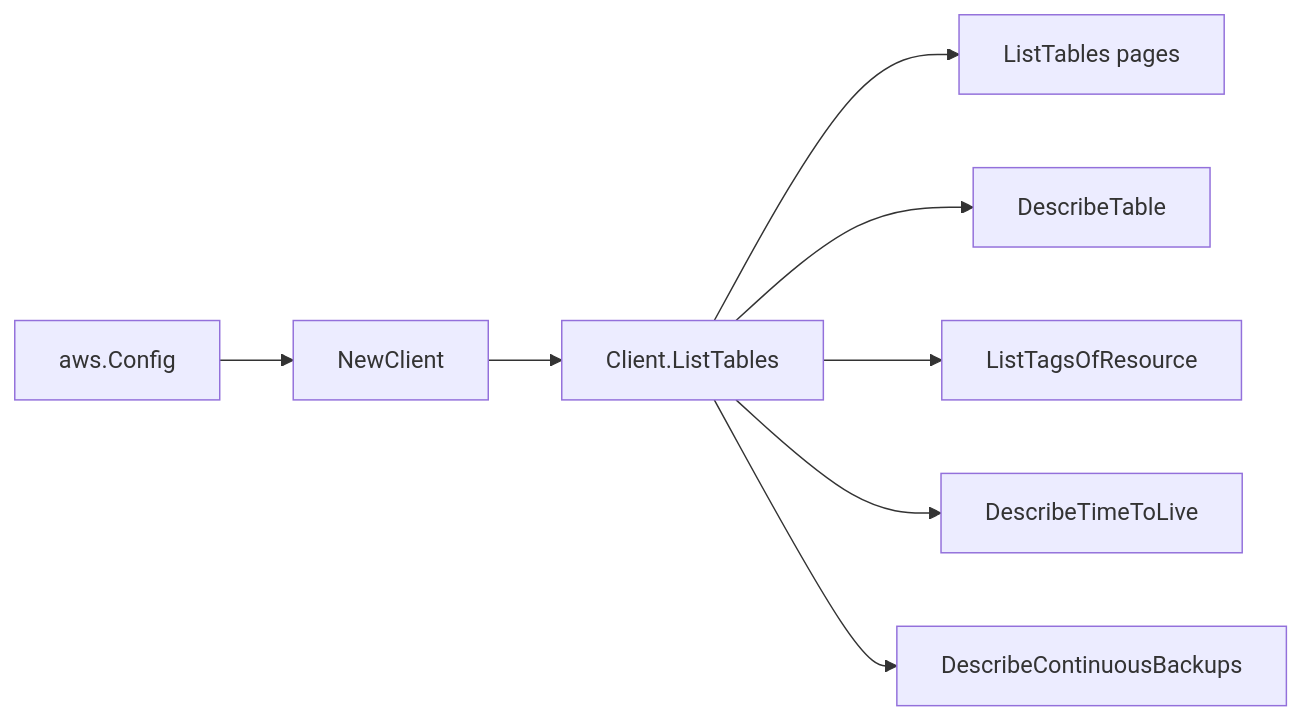
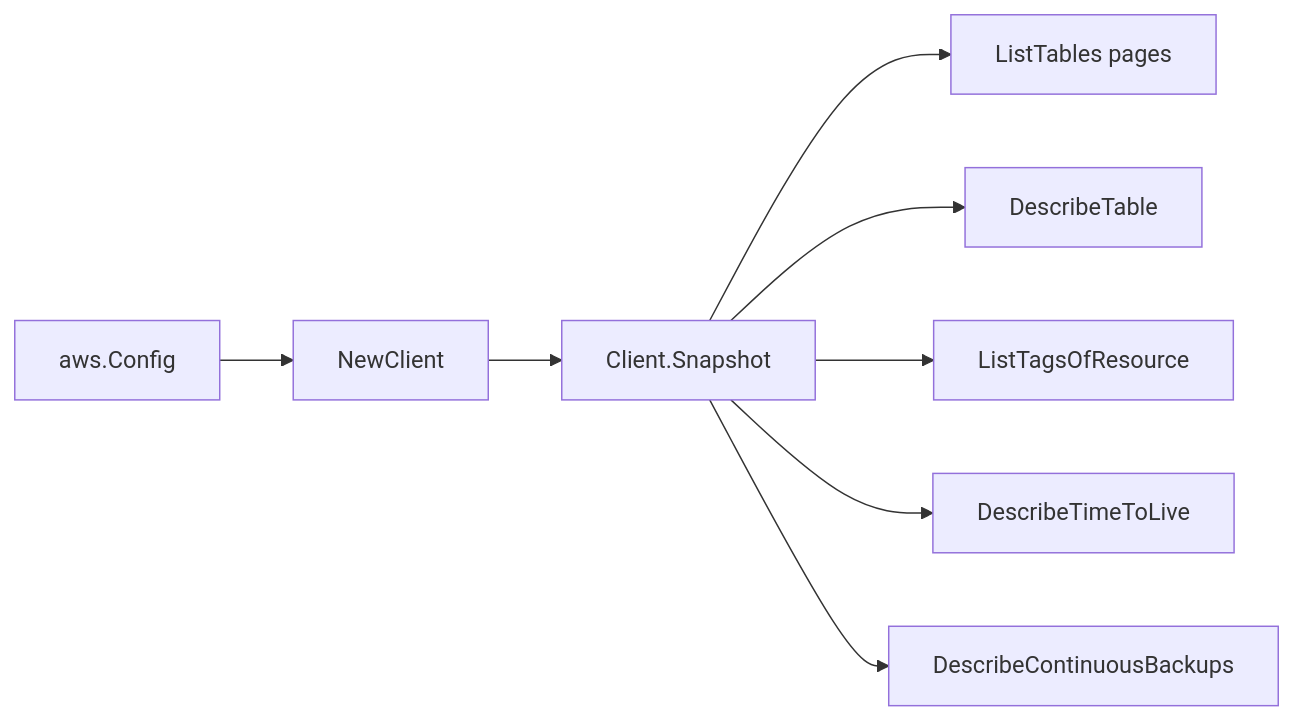
One commit to eshu-hq/eshu changed the diagram in go/internal/collector/awscloud/services/dynamodb/awssdk/README.md. Above: the diagram before and after it, drawn with Mermaid. The commit also changed other lines of this file and 3 other files, not shown here.

````diff
--- a/go/internal/collector/awscloud/services/dynamodb/awssdk/README.md
+++ b/go/internal/collector/awscloud/services/dynamodb/awssdk/README.md
@@ -16,10 +16,10 @@
 ```mermaid
 flowchart LR
   A["aws.Config"] --> B["NewClient"]
-  B --> C["Client.ListTables"]
+  B --> C["Client.Snapshot"]
   C --> D["ListTables pages"]
   C --> E["DescribeTable"]
   C --> F["ListTagsOfResource"]
   C --> G["DescribeTimeToLive"]
   C --> H["DescribeContinuousBackups"]
 ```
````
